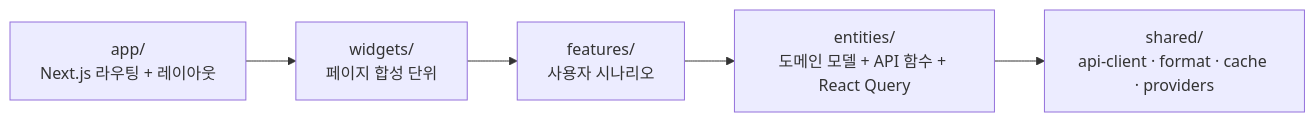
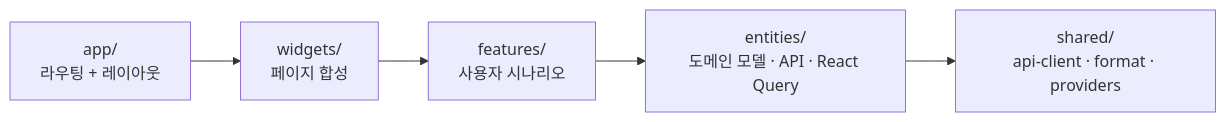
One commit to narafu/kista-ui changed the second of 3 diagrams in README.md. Above: the diagram before and after it, drawn with Mermaid. The commit also changed other lines of this file, not shown here.

````diff
--- a/README.md
+++ b/README.md
@@ -80,10 +63,4 @@
 ```mermaid
 graph LR
-    app["app/<br/>Next.js 라우팅 + 레이아웃"]
-    widgets["widgets/<br/>페이지 합성 단위"]
-    features["features/<br/>사용자 시나리오"]
-    entities["entities/<br/>도메인 모델 + API 함수 + React Query"]
-    shared["shared/<br/>api-client · format · cache · providers"]
-
-    app --> widgets --> features --> entities --> shared
+    app["app/<br/>라우팅 + 레이아웃"] --> widgets["widgets/<br/>페이지 합성"] --> features["features/<br/>사용자 시나리오"] --> entities["entities/<br/>도메인 모델 · API · React Query"] --> shared["shared/<br/>api-client · format · providers"]
 ```
````
